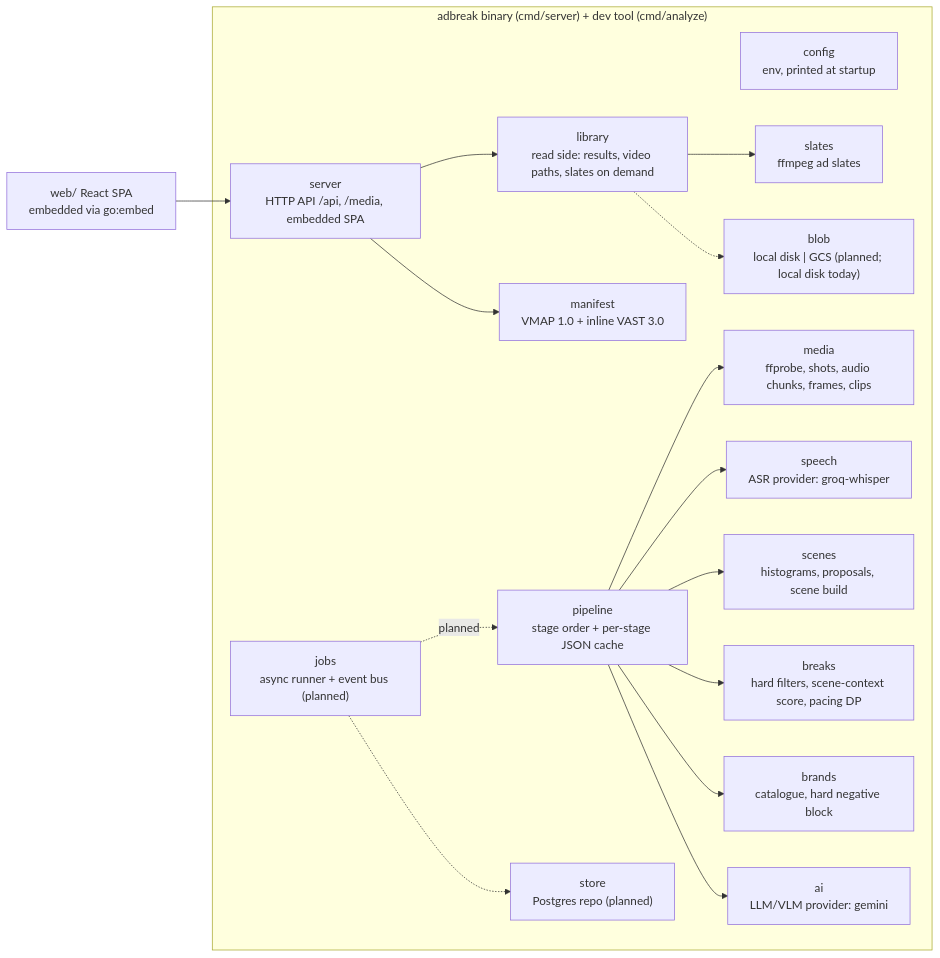
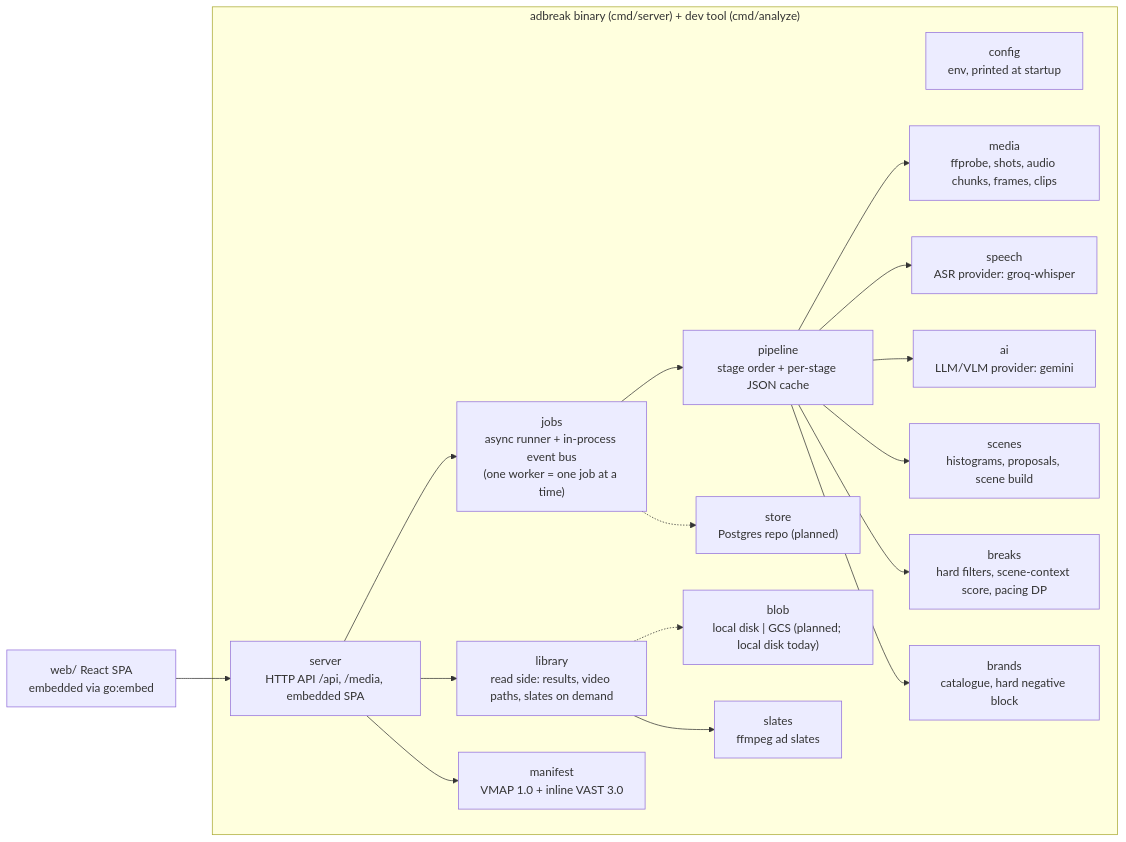
The first of 5 diagrams in docs/ARCHITECTURE.md (thisizaro/adbreak), drawn with Mermaid before and after one commit. The commit also changed other lines of this file and 11 other files, not shown here.

Commit message:
jobs: async runner on an in-process bus; upload and job endpoints with budget guard; upload panel with live stage log

````diff
--- a/docs/ARCHITECTURE.md
+++ b/docs/ARCHITECTURE.md
@@ -13,29 +13,30 @@
 ```mermaid
 flowchart LR
   subgraph bin["adbreak binary (cmd/server) + dev tool (cmd/analyze)"]
     server["server<br/>HTTP API /api, /media, embedded SPA"]
     config["config<br/>env, printed at startup"]
     library["library<br/>read side: results, video paths, slates on demand"]
     pipeline["pipeline<br/>stage order + per-stage JSON cache"]
-    jobs["jobs<br/>async runner + event bus (planned)"]
+    jobs["jobs<br/>async runner + in-process event bus<br/>(one worker = one job at a time)"]
     store["store<br/>Postgres repo (planned)"]
     blob["blob<br/>local disk | GCS (planned; local disk today)"]
     media["media<br/>ffprobe, shots, audio chunks, frames, clips"]
     speech["speech<br/>ASR provider: groq-whisper"]
     ai["ai<br/>LLM/VLM provider: gemini"]
     scenes["scenes<br/>histograms, proposals, scene build"]
     breaks["breaks<br/>hard filters, scene-context score, pacing DP"]
     brands["brands<br/>catalogue, hard negative block"]
     slates["slates<br/>ffmpeg ad slates"]
     manifest["manifest<br/>VMAP 1.0 + inline VAST 3.0"]
   end
   web["web/ React SPA<br/>embedded via go:embed"] --> server
   server --> library
   server --> manifest
   library --> slates
-  jobs -. planned .-> pipeline
+  server --> jobs
+  jobs --> pipeline
   pipeline --> media & speech & scenes & breaks & brands
   pipeline --> ai
   jobs -.-> store
   library -.-> blob
 ```
````
